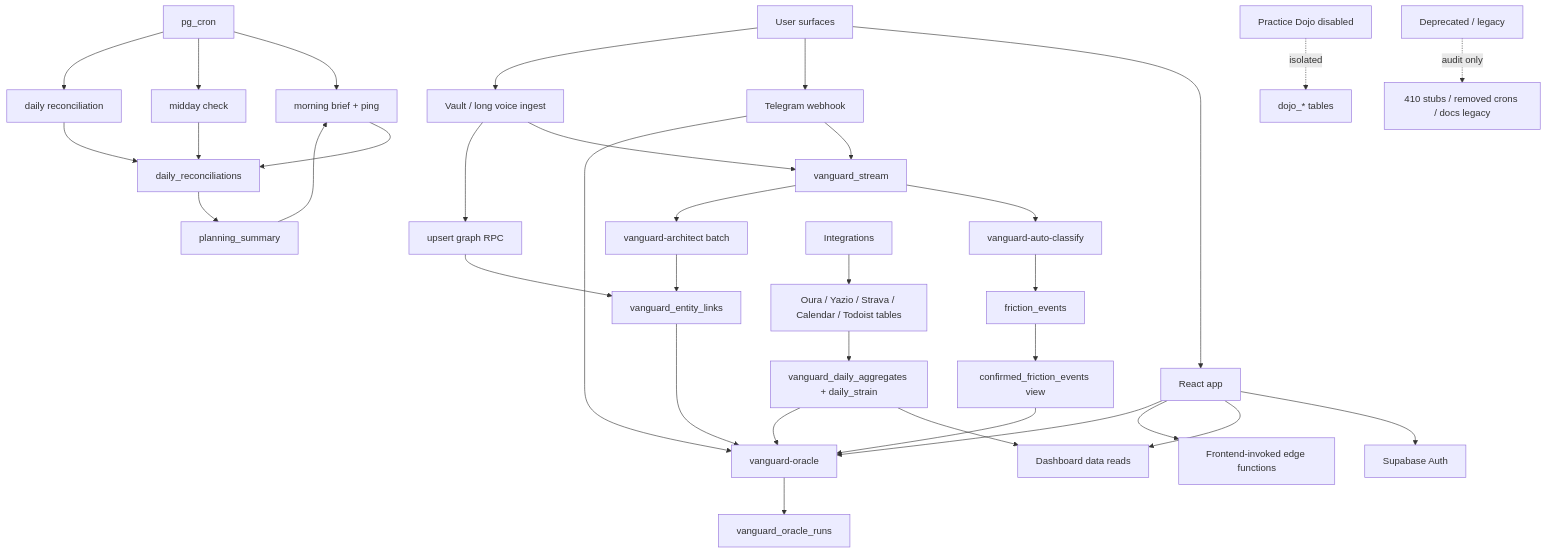
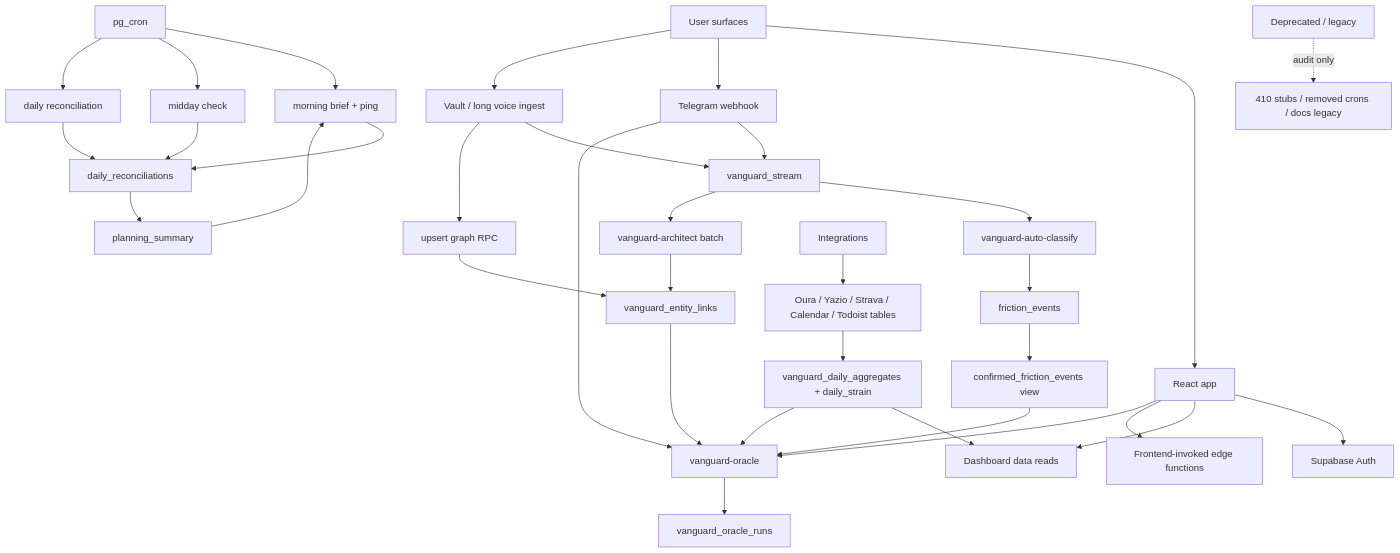
One commit to jcob2276/vanguard changed the diagram in docs/APP_SEGMENTATION_AUDIT_MAP.md. Above: the diagram before and after it, drawn with Mermaid. The commit also changed other lines of this file and 30 other files, not shown here.

````diff
--- a/docs/APP_SEGMENTATION_AUDIT_MAP.md
+++ b/docs/APP_SEGMENTATION_AUDIT_MAP.md
@@ -9,44 +9,43 @@
 ```mermaid
 flowchart TD
   U["User surfaces"] --> FE["React app"]
   U --> TG["Telegram webhook"]
   U --> VAULT["Vault / long voice ingest"]
 
   FE --> AUTH["Supabase Auth"]
   FE --> UI_DATA["Dashboard data reads"]
   FE --> FRONT_FN["Frontend-invoked edge functions"]
 
   TG --> STREAM["vanguard_stream"]
   VAULT --> STREAM
   STREAM --> CLASSIFY["vanguard-auto-classify"]
   CLASSIFY --> FRICTION["friction_events"]
   FRICTION --> CFV["confirmed_friction_events view"]
 
   STREAM --> ARCH["vanguard-architect batch"]
   VAULT --> GRAPH_RPC["upsert graph RPC"]
   ARCH --> GRAPH["vanguard_entity_links"]
   GRAPH_RPC --> GRAPH
 
   TG --> ORACLE["vanguard-oracle"]
   FE --> ORACLE
   ORACLE --> ORACLE_RUNS["vanguard_oracle_runs"]
   CFV --> ORACLE
   GRAPH --> ORACLE
 
   CRON["pg_cron"] --> MORNING["morning brief + ping"]
   CRON --> MIDDAY["midday check"]
   CRON --> EVENING["daily reconciliation"]
   MORNING --> RECON["daily_reconciliations"]
   MIDDAY --> RECON
   EVENING --> RECON
   RECON --> PLAN["planning_summary"]
   PLAN --> MORNING
 
   INTEG["Integrations"] --> BIOMETRIC["Oura / Yazio / Strava / Calendar / Todoist tables"]
   BIOMETRIC --> AGG["vanguard_daily_aggregates + daily_strain"]
   AGG --> UI_DATA
   AGG --> ORACLE
 
-  DOJO["Practice Dojo disabled"] -. isolated .-> DOJO_T["dojo_* tables"]
   LEGACY["Deprecated / legacy"] -. audit only .-> DEAD["410 stubs / removed crons / docs legacy"]
 ```
````
